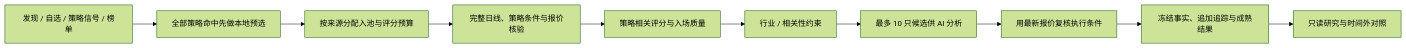
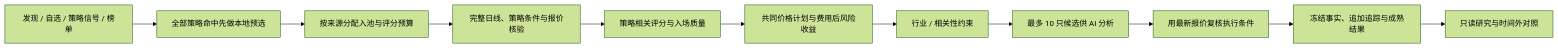
The diagram in docs/RECOMMENDATION_RANKING.md (raoczh/QuantVista), drawn with Mermaid (forest theme) before and after one commit. The commit also changed other lines of this file and 83 other files, not shown here.

````diff
--- a/docs/RECOMMENDATION_RANKING.md
+++ b/docs/RECOMMENDATION_RANKING.md
@@ -9,12 +9,13 @@
 ```mermaid
 flowchart LR
     A[发现 / 自选 / 策略信号 / 榜单] --> B[全部策略命中先做本地预选]
     B --> C[按来源分配入池与评分预算]
     C --> D[完整日线、策略条件与报价核验]
     D --> E[策略相关评分与入场质量]
-    E --> F[行业 / 相关性约束]
+    E --> P[共同价格计划与费用后风险收益]
+    P --> F[行业 / 相关性约束]
     F --> G[最多 10 只候选供 AI 分析]
     G --> H[用最新报价复核执行条件]
     H --> I[冻结事实、追加追踪与成熟结果]
     I --> J[只读研究与时间外对照]
 ```
````
